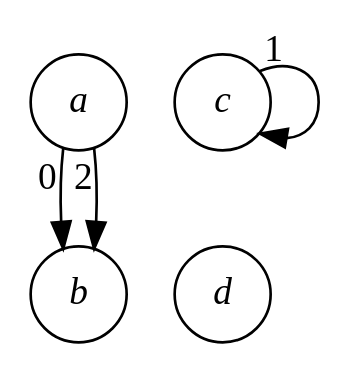
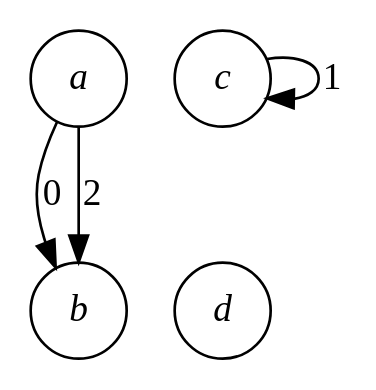
One commit to qbit86/arborescence changed the diagram in src/Ubiquitous.Workbench/IndexedGraphs/01.gv. Above: the diagram before and after it, drawn with Graphviz. The commit also changed 2 other files, not shown here.

Commit message:
Replace xlabel with label.

```diff
--- a/src/Ubiquitous.Workbench/IndexedGraphs/01.gv
+++ b/src/Ubiquitous.Workbench/IndexedGraphs/01.gv
@@ -1,10 +1,10 @@
 digraph "Isolated last vertex" {
   node [shape=circle fontname="Times-Italic"]
-  a -> b [xlabel=0]
-  c -> c [xlabel=1]
-  a -> b [xlabel=2]
+  a -> b [label=0]
+  c -> c [label=1]
+  a -> b [label=2]
   {
     rank=same
     b d
   }
 }
```
